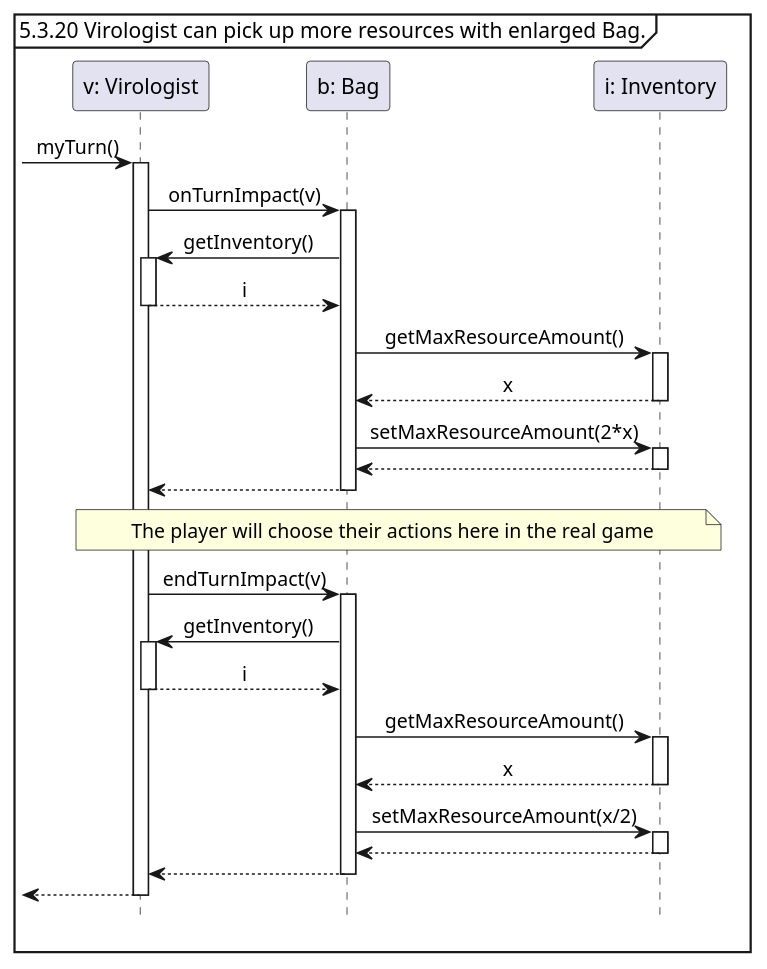
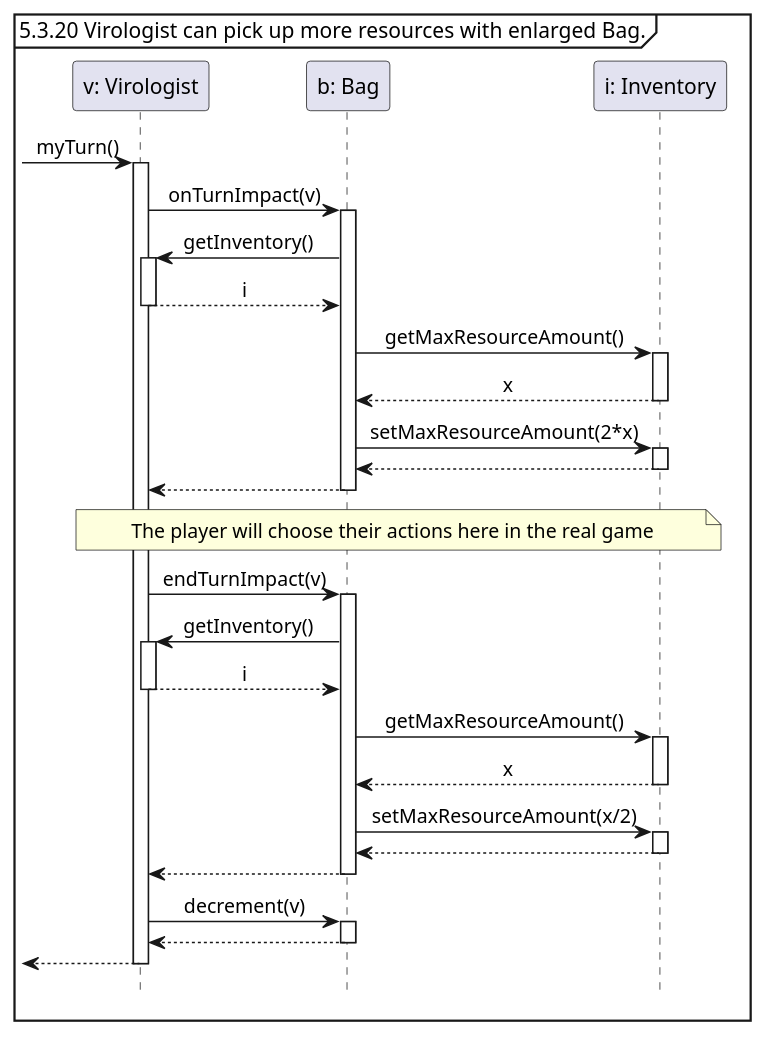
Before and after one commit to Tschonti/503-service-unavailable: the diagram in docs/testCases/sequences/bagAllImpact.puml, drawn with PlantUML. The commit also changed 5 other files, not shown here.

```diff
--- a/docs/testCases/sequences/bagAllImpact.puml
+++ b/docs/testCases/sequences/bagAllImpact.puml
@@ -1,33 +1,35 @@
 @startuml
 'https://plantuml.com/sequence-diagram
 hide footbox
 skinparam sequenceMessageAlign center
 
 mainframe 5.3.20 Virologist can pick up more resources with enlarged Bag.
 
 participant "v: Virologist" as v
 participant "b: Bag" as b
 participant "i: Inventory" as i
 
 -> v ++ : myTurn()
     v -> b ++ : onTurnImpact(v)
         b -> v ++ : getInventory()
         return i
         b -> i ++ : getMaxResourceAmount()
         return x
         b -> i ++ : setMaxResourceAmount(2*x)
         return
     return
 
     note across : The player will choose their actions here in the real game
 
     v -> b ++ : endTurnImpact(v)
-            b -> v ++ : getInventory()
-            return i
-            b -> i ++ : getMaxResourceAmount()
-            return x
-            b -> i ++ : setMaxResourceAmount(x/2)
-            return
+        b -> v ++ : getInventory()
+        return i
+        b -> i ++ : getMaxResourceAmount()
+        return x
+        b -> i ++ : setMaxResourceAmount(x/2)
         return
+    return
+    v -> b ++ : decrement(v)
+    return
 return
 @enduml
```
